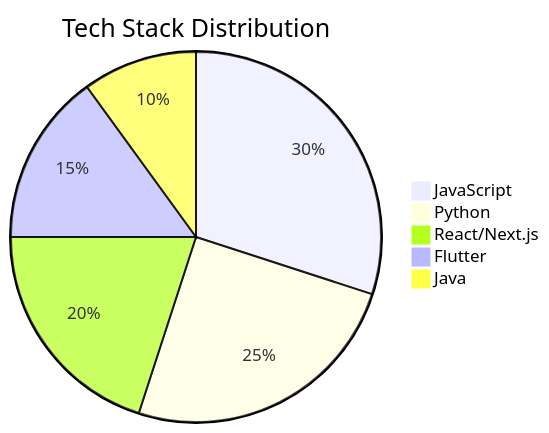
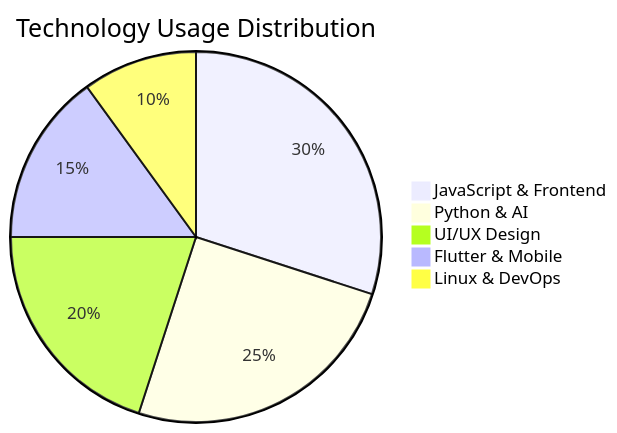
The diagram in README.md (Dhrubo111/git_test), drawn with Mermaid before and after one commit. The commit also changed other lines of this file, not shown here.

````diff
--- a/README.md
+++ b/README.md
@@ -22,8 +73,8 @@
 ```mermaid
-pie title Tech Stack Distribution
-    "JavaScript" : 30
-    "Python" : 25
-    "React/Next.js" : 20
-    "Flutter" : 15
-    "Java" : 10
+pie title Technology Usage Distribution
+    "JavaScript & Frontend" : 30
+    "Python & AI" : 25
+    "UI/UX Design" : 20
+    "Flutter & Mobile" : 15
+    "Linux & DevOps" : 10
 ```
````
